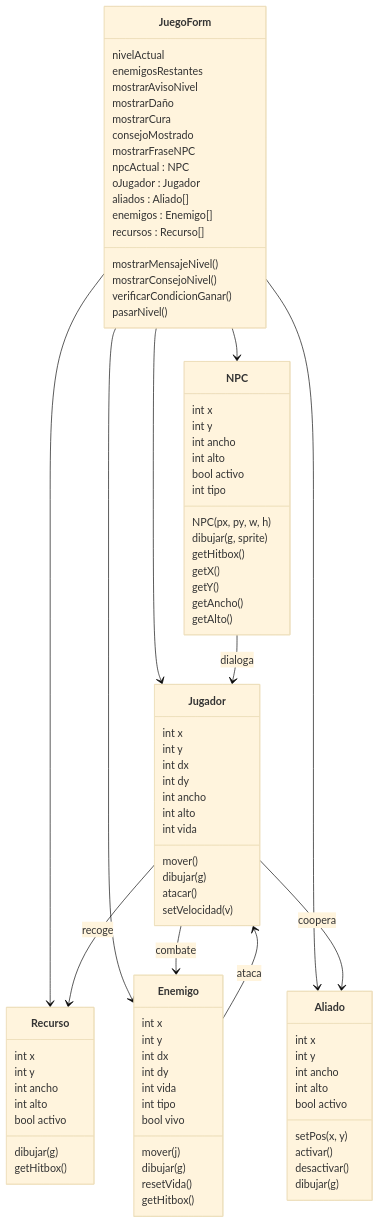
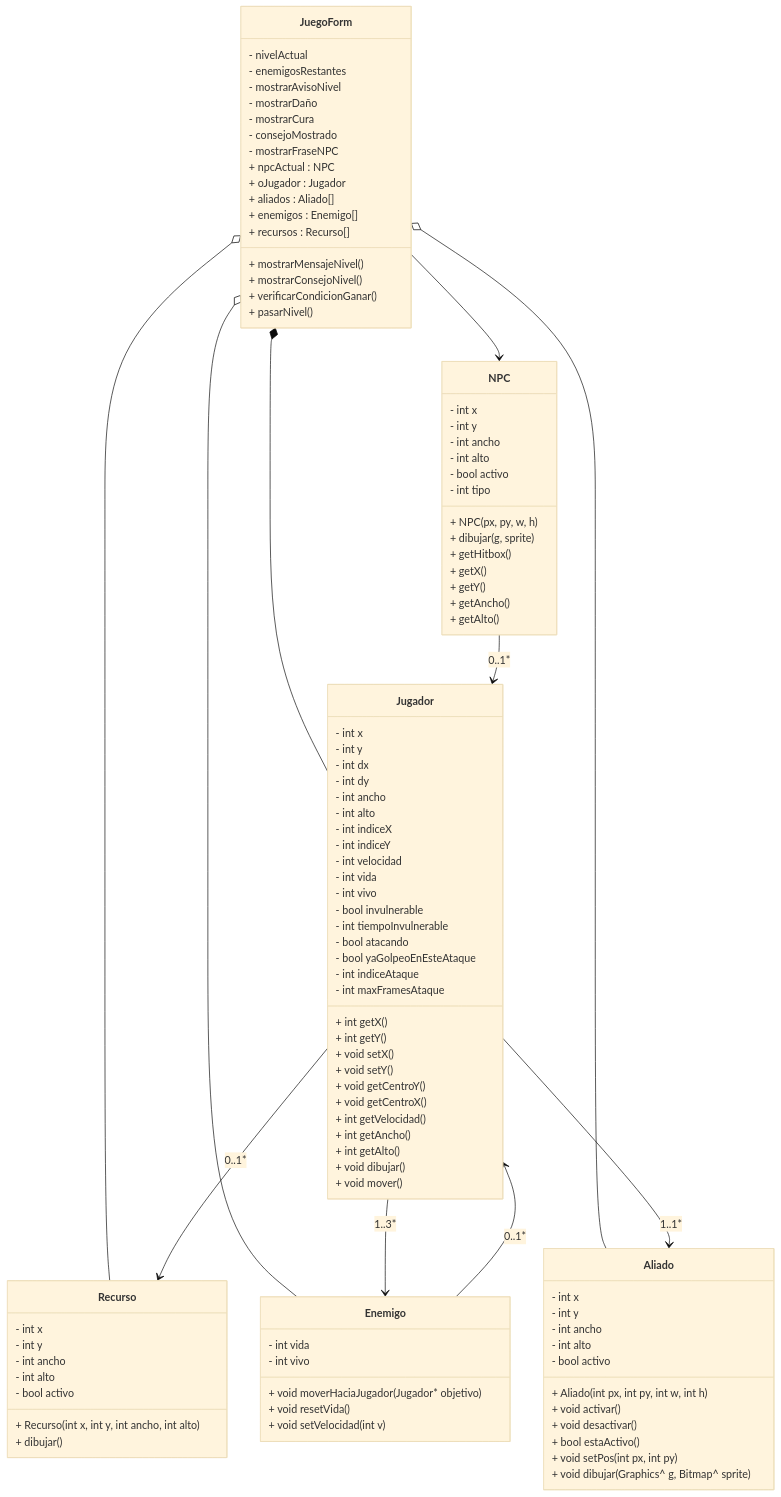
Before and after one commit to ismasscs51/algoritmos_group03_tf: the diagram in INFORME.md, drawn with Mermaid (base theme).

````diff
--- a/INFORME.md
+++ b/INFORME.md
@@ -148,98 +148,115 @@
 ```mermaid
 classDiagram
 class NPC {
-    int x
-    int y
-    int ancho
-    int alto
-    bool activo
-    int tipo
-    NPC(px, py, w, h)
-    dibujar(g, sprite)
-    getHitbox()
-    getX()
-    getY()
-    getAncho()
-    getAlto()
+- int x
+- int y
+- int ancho
+- int alto
+- bool activo
+- int tipo
++ NPC(px, py, w, h)
++ dibujar(g, sprite)
++ getHitbox()
++ getX()
++ getY()
++ getAncho()
++ getAlto()
 }
 
 class Jugador {
-    int x
-    int y
-    int dx
-    int dy
-    int ancho
-    int alto
-    int vida
-    mover()
-    dibujar(g)
-    atacar()
-    setVelocidad(v)
+- int x
+- int y
+- int dx
+- int dy
+- int ancho
+- int alto
+- int indiceX
+- int indiceY
+- int velocidad
+- int vida
+- int vivo
+- bool invulnerable
+- int tiempoInvulnerable
+- bool atacando
+- bool yaGolpeoEnEsteAtaque      
+- int indiceAtaque
+- int maxFramesAtaque
++ int getX()
++ int getY()
++ void setX()
++ void setY()
++ void getCentroY()
++ void getCentroX()
++ int getVelocidad()
++ int getAncho()
++ int getAlto()
++ void dibujar()
++ void mover()
+
 }
 
 class Recurso {
-    int x
-    int y
-    int ancho
-    int alto
-    bool activo
-    dibujar(g)
-    getHitbox()
+- int x
+- int y
+- int ancho
+- int alto
+- bool activo
++ Recurso(int x, int y, int ancho, int alto)
++ dibujar()
 }
 
 class Enemigo {
-    int x
-    int y
-    int dx
-    int dy
-    int vida
-    int tipo
-    bool vivo
-    mover(j)
-    dibujar(g)
-    resetVida()
-    getHitbox()
+- int vida
+- int vivo
++ void moverHaciaJugador(Jugador* objetivo)
++ void resetVida()
++ void setVelocidad(int v)
 }
 
 class Aliado {
-    int x
-    int y
-    int ancho
-    int alto
-    bool activo
-    setPos(x, y)
-    activar()
-    desactivar()
-    dibujar(g)
+- int x
+- int y
+- int ancho
+- int alto
+- bool activo
++ Aliado(int px, int py, int w, int h)
++ void activar()
++ void desactivar()
++ bool estaActivo()
++ void setPos(int px, int py)
++ void dibujar(Graphics^ g, Bitmap^ sprite)
 }
 
 class JuegoForm {
-    nivelActual
-    enemigosRestantes
-    mostrarAvisoNivel
-    mostrarDaño
-    mostrarCura
-    consejoMostrado
-    mostrarFraseNPC
-    npcActual : NPC
-    oJugador : Jugador
-    aliados : Aliado[]
-    enemigos : Enemigo[]
-    recursos : Recurso[]
-    mostrarMensajeNivel()
-    mostrarConsejoNivel()
-    verificarCondicionGanar()
-    pasarNivel()
+- nivelActual
+- enemigosRestantes
+- mostrarAvisoNivel
+- mostrarDaño
+- mostrarCura
+- consejoMostrado
+- mostrarFraseNPC
++ npcActual : NPC
++ oJugador : Jugador
++ aliados : Aliado[]
++ enemigos : Enemigo[]
++ recursos : Recurso[]
++ mostrarMensajeNivel()
++ mostrarConsejoNivel()
++ verificarCondicionGanar()
++ pasarNivel()
 }
 
-JuegoForm --> NPC
-JuegoForm --> Jugador
-JuegoForm --> Aliado
-JuegoForm --> Enemigo
-JuegoForm --> Recurso
-Jugador --> Recurso : recoge
-Jugador --> Enemigo : combate
-Jugador --> Aliado : coopera
-Enemigo --> Jugador : ataca
-NPC --> Jugador : dialoga
+JuegoForm *-- Jugador : 
+JuegoForm o-- Aliado : 
+JuegoForm o-- Enemigo : 
+JuegoForm o-- Recurso : 
+JuegoForm --> NPC 
+
+Jugador --> Recurso : 0..1*
+Jugador --> Enemigo : 1..3*
+Jugador --> Aliado : 1..1*
+
+Enemigo --> Jugador : 0..1*
+
+NPC --> Jugador : 0..1*
 ```
````
